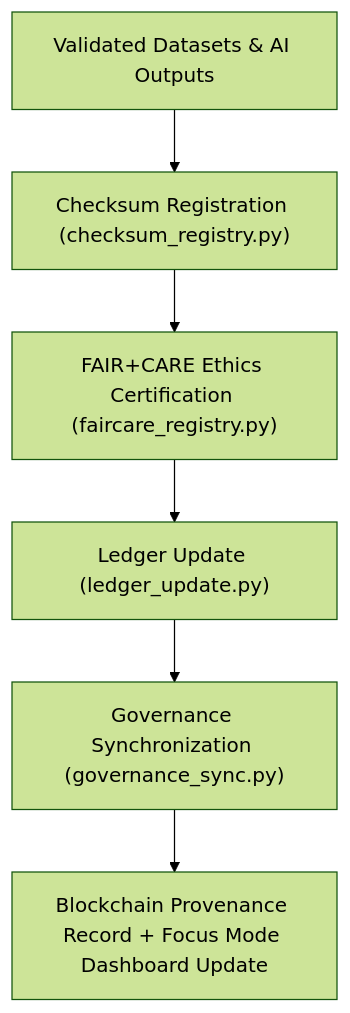
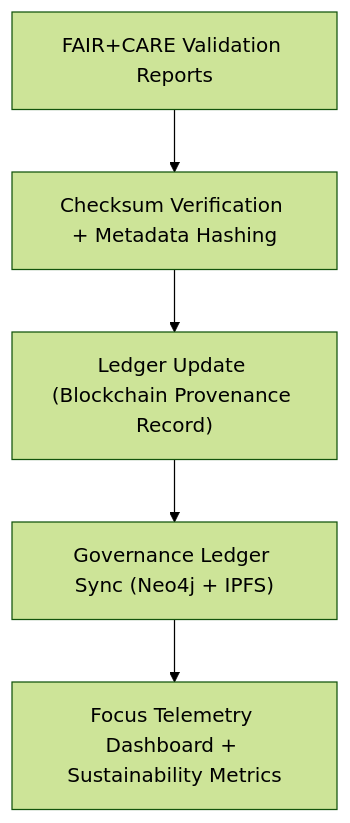
Before and after one commit to bartytime4life/Kansas-Frontier-Matrix: the diagram in src/pipelines/governance/README.md, drawn with Mermaid (forest theme). The commit also changed other lines of this file, not shown here.

````diff
--- a/src/pipelines/governance/README.md
+++ b/src/pipelines/governance/README.md
@@ -68,8 +66,7 @@
 ```mermaid
 flowchart TD
-    A["Validated Datasets & AI Outputs"] --> B["Checksum Registration (checksum_registry.py)"]
-    B --> C["FAIR+CARE Ethics Certification (faircare_registry.py)"]
-    C --> D["Ledger Update (ledger_update.py)"]
-    D --> E["Governance Synchronization (governance_sync.py)"]
-    E --> F["Blockchain Provenance Record + Focus Mode Dashboard Update"]
+    A["FAIR+CARE Validation Reports"] --> B["Checksum Verification + Metadata Hashing"]
+    B --> C["Ledger Update (Blockchain Provenance Record)"]
+    C --> D["Governance Ledger Sync (Neo4j + IPFS)"]
+    D --> E["Focus Telemetry Dashboard + Sustainability Metrics"]
 ```
````
